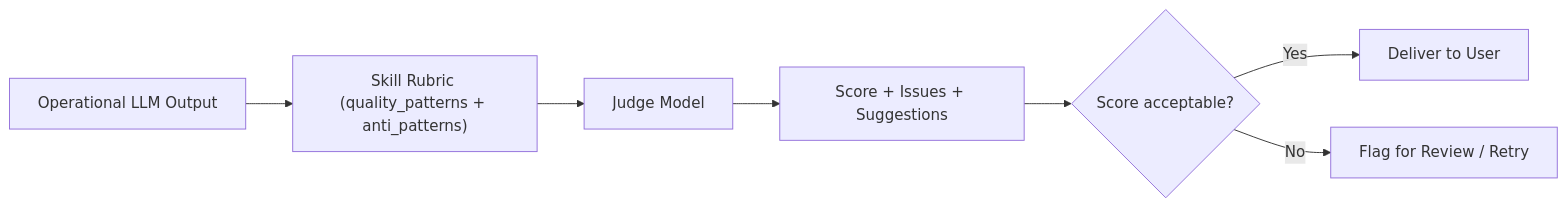
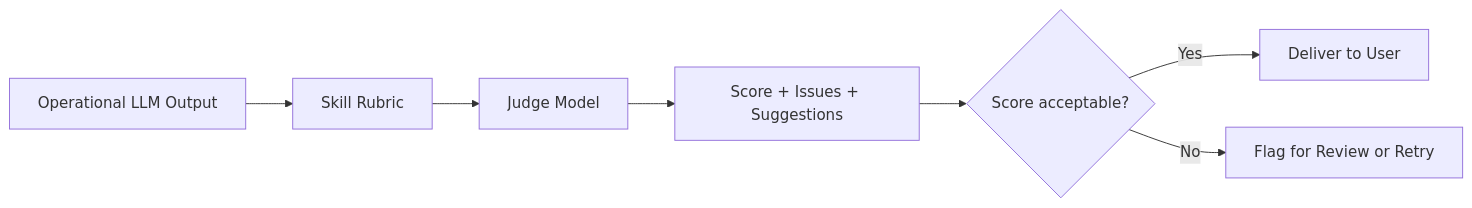
One commit to petergdoyle/actor-factory changed the fourth of 5 diagrams in docs/ai-engineering/ai-strategy.md. Above: the diagram before and after it, drawn with Mermaid. The commit also changed other lines of this file and 12 other files, not shown here.

````diff
--- a/docs/ai-engineering/ai-strategy.md
+++ b/docs/ai-engineering/ai-strategy.md
@@ -265,9 +265,9 @@
 ```mermaid
 flowchart LR
-    A["Operational LLM Output"] --> B["Skill Rubric (quality_patterns + anti_patterns)"]
+    A["Operational LLM Output"] --> B["Skill Rubric"]
     B --> C["Judge Model"]
     C --> D["Score + Issues + Suggestions"]
-    D --> E{Score acceptable?}
-    E -->|Yes| F["Deliver to User"]
-    E -->|No| G["Flag for Review / Retry"]
+    D --> E{"Score acceptable?"}
+    E -->|"Yes"| F["Deliver to User"]
+    E -->|"No"| G["Flag for Review or Retry"]
 ```
````
